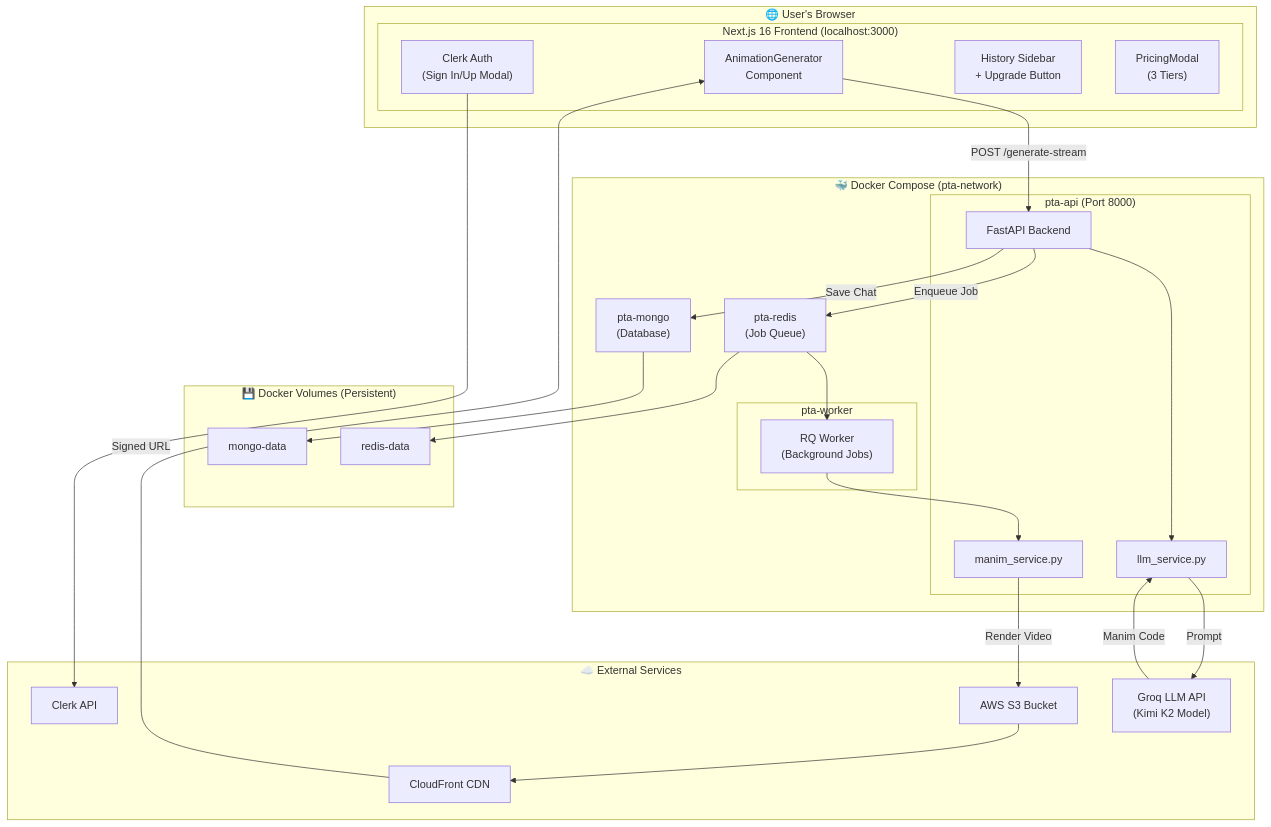
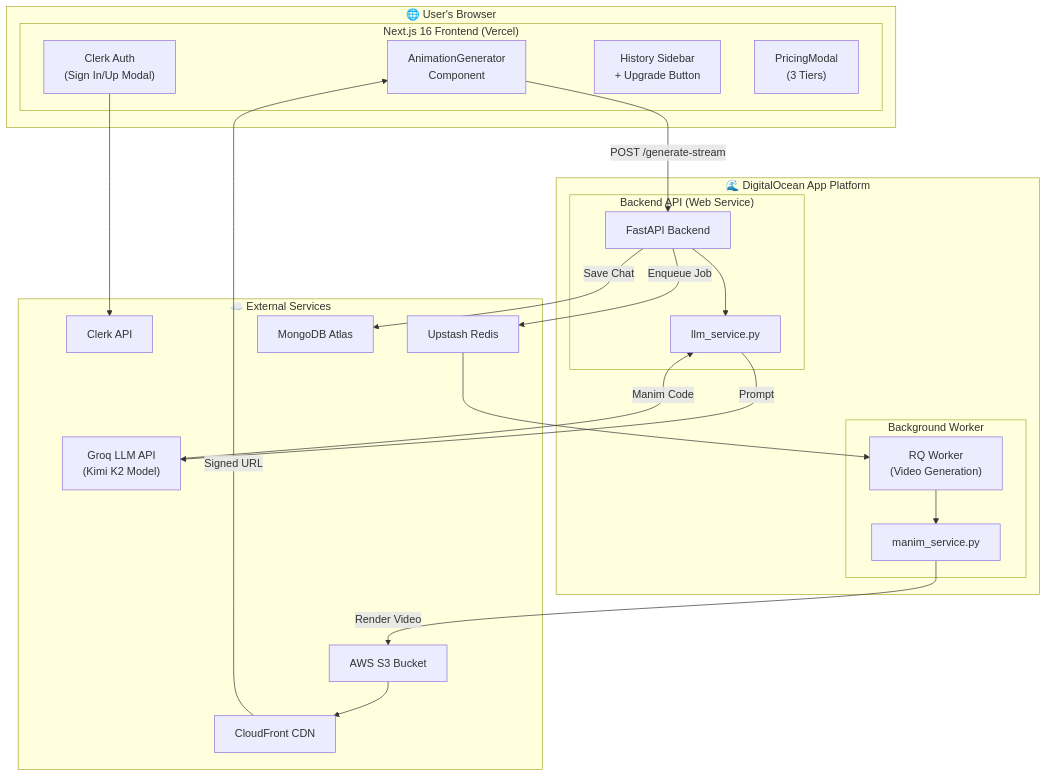
Before and after one commit to Aafimalek/prompt_to_animate: the first of 4 diagrams in README.md, drawn with Mermaid. The commit also changed other lines of this file, not shown here.

Commit message:
Update README with live deployment details (DigitalOcean + Vercel)

````diff
--- a/README.md
+++ b/README.md
@@ -83,53 +97,45 @@
 ```mermaid
 flowchart TB
     subgraph Browser["🌐 User's Browser"]
-        subgraph Frontend["Next.js 16 Frontend (localhost:3000)"]
+        subgraph Frontend["Next.js 16 Frontend (Vercel)"]
             Clerk["Clerk Auth<br/>(Sign In/Up Modal)"]
             UI["AnimationGenerator<br/>Component"]
             Sidebar["History Sidebar<br/>+ Upgrade Button"]
             Pricing["PricingModal<br/>(3 Tiers)"]
         end
     end
     
-    subgraph Docker["🐳 Docker Compose (pta-network)"]
-        subgraph API["pta-api (Port 8000)"]
+    subgraph DigitalOcean["🌊 DigitalOcean App Platform"]
+        subgraph API["Backend API (Web Service)"]
             FastAPI["FastAPI Backend"]
             LLM["llm_service.py"]
+        end
+        
+        subgraph Worker["Background Worker"]
+            RQ["RQ Worker<br/>(Video Generation)"]
             Manim["manim_service.py"]
         end
-        
-        subgraph Worker["pta-worker"]
-            RQ["RQ Worker<br/>(Background Jobs)"]
-        end
-        
-        Redis["pta-redis<br/>(Job Queue)"]
-        Mongo["pta-mongo<br/>(Database)"]
-    end
-    
-    subgraph Volumes["💾 Docker Volumes (Persistent)"]
-        MongoVol["mongo-data"]
-        RedisVol["redis-data"]
     end
     
     subgraph External["☁️ External Services"]
         Groq["Groq LLM API<br/>(Kimi K2 Model)"]
         ClerkAPI["Clerk API"]
         S3["AWS S3 Bucket"]
         CloudFront["CloudFront CDN"]
+        Upstash["Upstash Redis"]
+        MongoAtlas["MongoDB Atlas"]
     end
     
     Clerk --> ClerkAPI
     UI -->|"POST /generate-stream"| FastAPI
     FastAPI --> LLM
     LLM -->|"Prompt"| Groq
     Groq -->|"Manim Code"| LLM
-    FastAPI -->|"Enqueue Job"| Redis
-    Redis --> RQ
+    FastAPI -->|"Enqueue Job"| Upstash
+    Upstash --> RQ
     RQ --> Manim
     Manim -->|"Render Video"| S3
     S3 --> CloudFront
     CloudFront -->|"Signed URL"| UI
-    FastAPI -->|"Save Chat"| Mongo
-    Mongo --> MongoVol
-    Redis --> RedisVol
+    FastAPI -->|"Save Chat"| MongoAtlas
 ```
````
